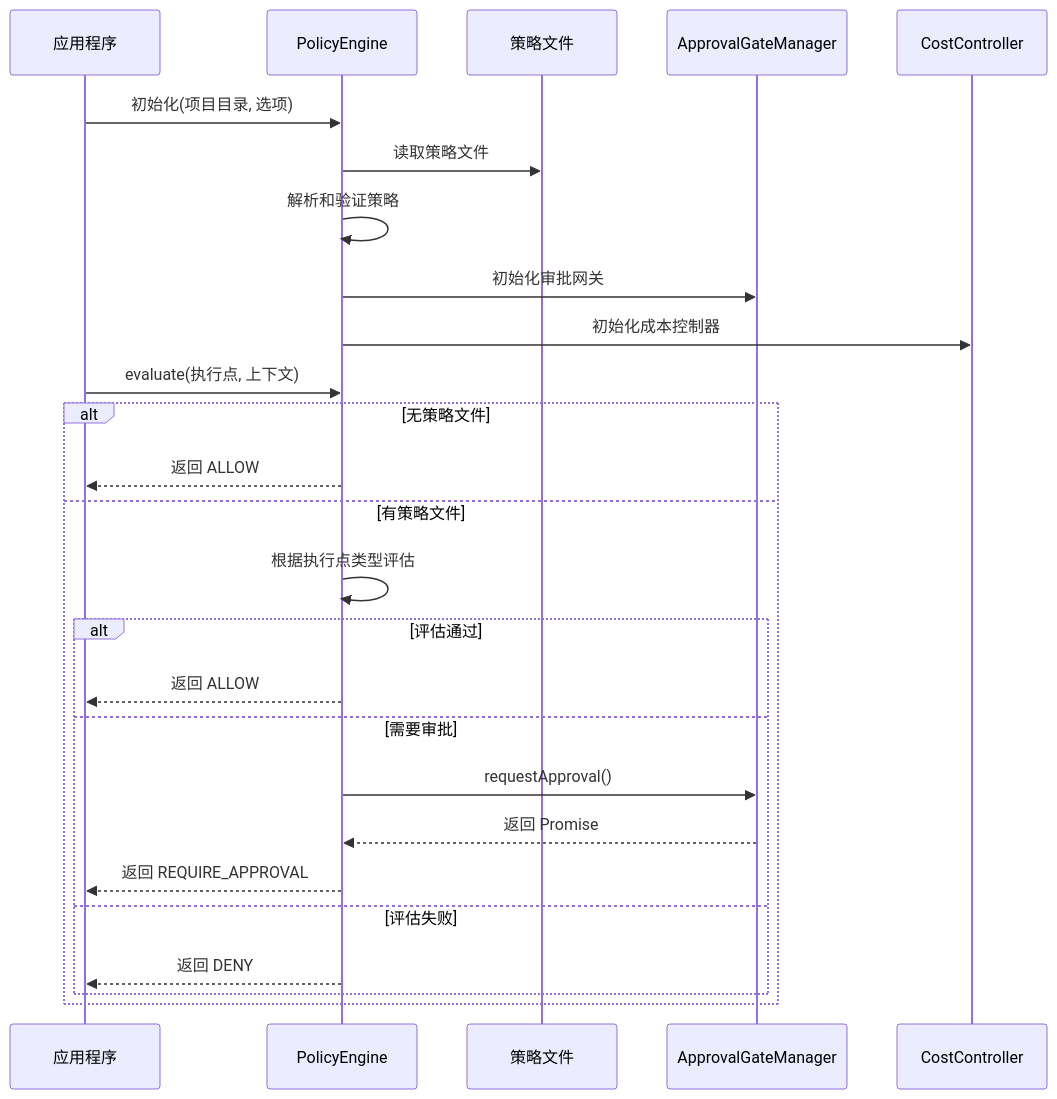
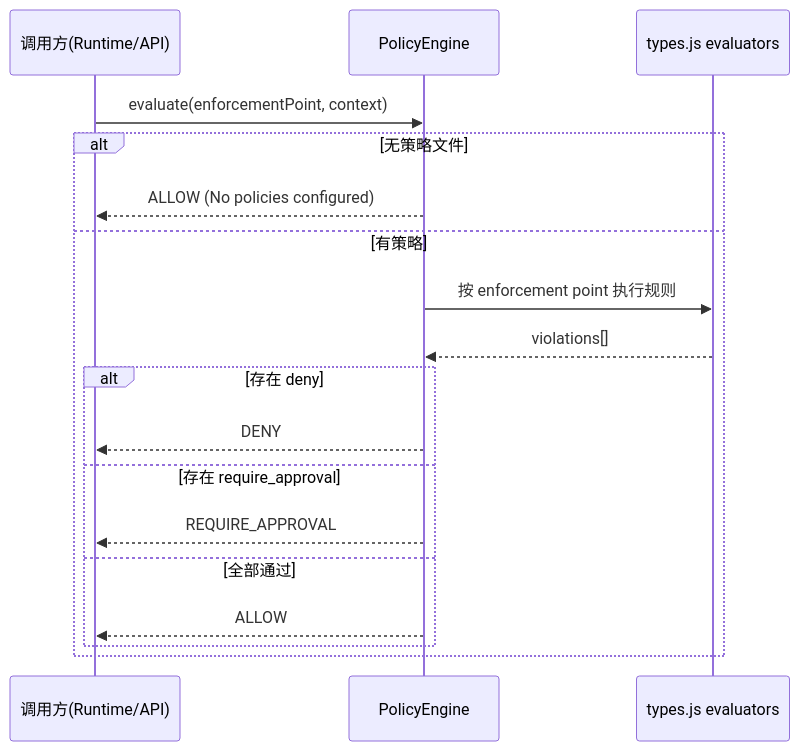
Before and after one commit to nerdneilsfield/code-wiki-pages: the second of 4 diagrams in public/loki-mode-docs/Policy Engine.md, drawn with Mermaid. The commit also changed other lines of this file and 399 other files, not shown here.

````diff
--- a/public/loki-mode-docs/Policy Engine.md
+++ b/public/loki-mode-docs/Policy Engine.md
@@ -120,30 +52,21 @@
 ```mermaid
 sequenceDiagram
-    participant App as 应用程序
-    participant PE as PolicyEngine
-    participant PF as 策略文件
-    participant AG as ApprovalGateManager
-    participant CC as CostController
-    
-    App->>PE: 初始化(项目目录, 选项)
-    PE->>PF: 读取策略文件
-    PE->>PE: 解析和验证策略
-    PE->>AG: 初始化审批网关
-    PE->>CC: 初始化成本控制器
-    
-    App->>PE: evaluate(执行点, 上下文)
+    participant Caller as 调用方(Runtime/API)
+    participant Engine as PolicyEngine
+    participant Types as types.js evaluators
+
+    Caller->>Engine: evaluate(enforcementPoint, context)
     alt 无策略文件
-        PE-->>App: 返回 ALLOW
-    else 有策略文件
-        PE->>PE: 根据执行点类型评估
-        alt 评估通过
-            PE-->>App: 返回 ALLOW
-        else 需要审批
-            PE->>AG: requestApproval()
-            AG-->>PE: 返回 Promise
-            PE-->>App: 返回 REQUIRE_APPROVAL
-        else 评估失败
-            PE-->>App: 返回 DENY
-        end
+      Engine-->>Caller: ALLOW (No policies configured)
+    else 有策略
+      Engine->>Types: 按 enforcement point 执行规则
+      Types-->>Engine: violations[]
+      alt 存在 deny
+        Engine-->>Caller: DENY
+      else 存在 require_approval
+        Engine-->>Caller: REQUIRE_APPROVAL
+      else 全部通过
+        Engine-->>Caller: ALLOW
+      end
     end
 ```
````
